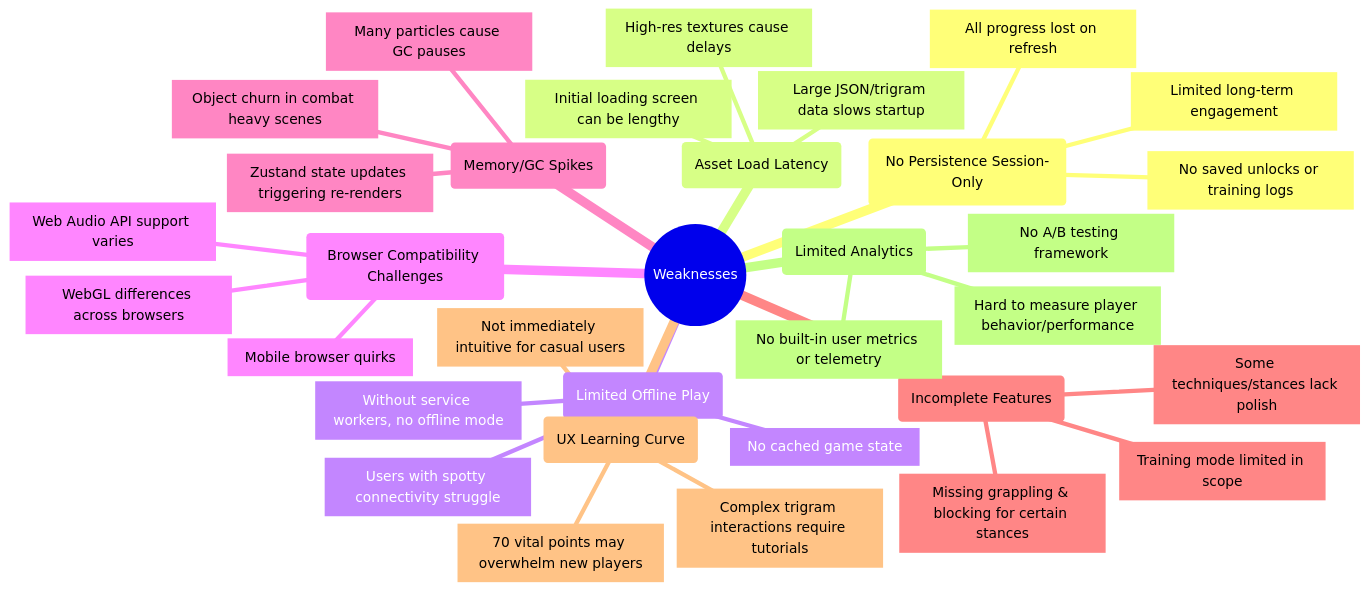
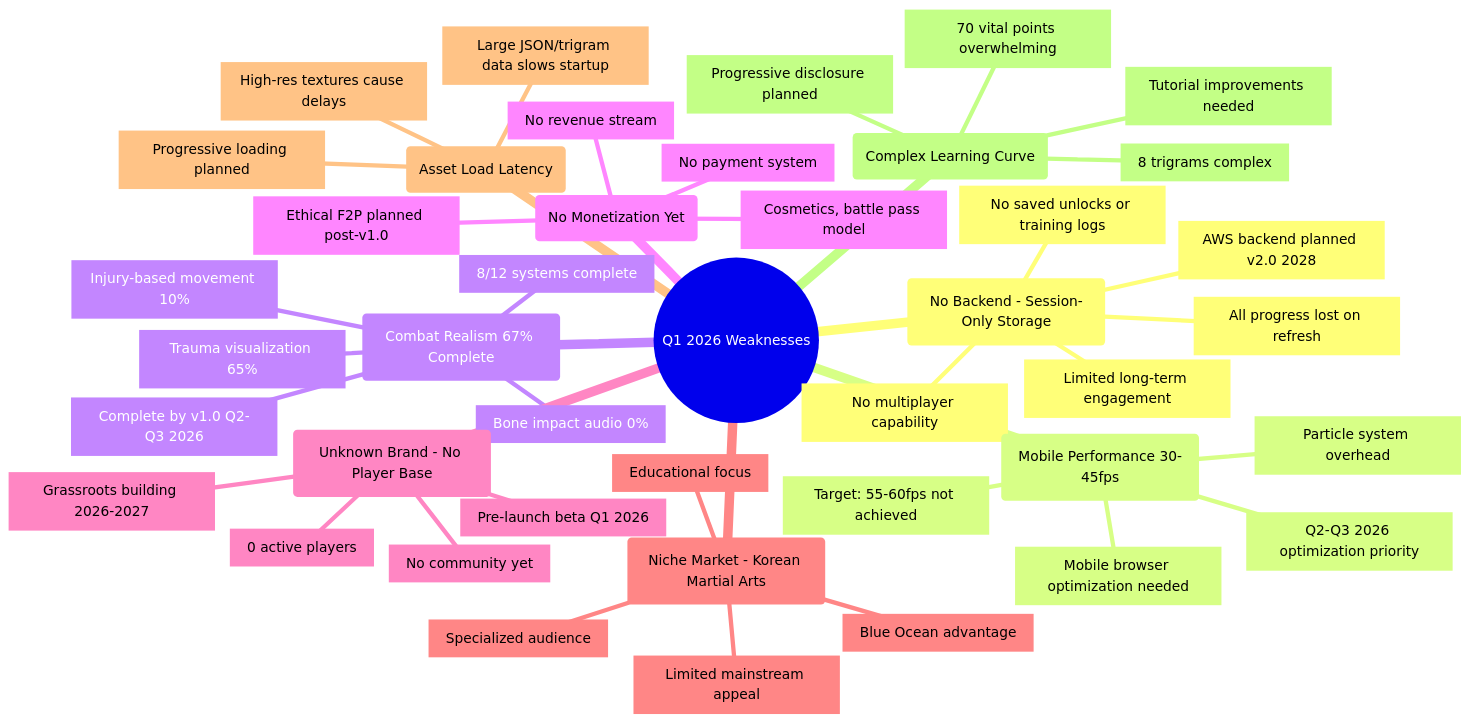
The fourth of 8 diagrams in SWOT.md (Hack23/blacktrigram), drawn with Mermaid before and after one commit. The commit also changed other lines of this file and 1 other file, not shown here.

Commit message:
Complete SWOT.md and FUTURE_SWOT.md Q1 2026 comprehensive update with competitive analysis and AWS backend vision

````diff
--- a/SWOT.md
+++ b/SWOT.md
@@ -234,36 +452,45 @@
 ```mermaid
 mindmap
-  root((Weaknesses))
-    id1(No Persistence Session-Only)
+  root((Q1 2026 Weaknesses))
+    id1(No Backend - Session-Only Storage)
       id1.1[All progress lost on refresh]
       id1.2[No saved unlocks or training logs]
-      id1.3[Limited long-term engagement]
-    id2(Asset Load Latency)
-      id2.1[Large JSON/trigram data slows startup]
-      id2.2[High-res textures cause delays]
-      id2.3[Initial loading screen can be lengthy]
-    id3(Limited Offline Play)
-      id3.1[Without service workers, no offline mode]
-      id3.2[Users with spotty connectivity struggle]
-      id3.3[No cached game state]
-    id4(Browser Compatibility Challenges)
-      id4.1[WebGL differences across browsers]
-      id4.2[Web Audio API support varies]
-      id4.3[Mobile browser quirks]
-    id5(Memory/GC Spikes)
-      id5.1[Many particles cause GC pauses]
-      id5.2[Object churn in combat heavy scenes]
-      id5.3[Zustand state updates triggering re-renders]
-    id6(Incomplete Features)
-      id6.1[Some techniques/stances lack polish]
-      id6.2[Missing grappling & blocking for certain stances]
-      id6.3[Training mode limited in scope]
-    id7(UX Learning Curve)
-      id7.1[Complex trigram interactions require tutorials]
-      id7.2[70 vital points may overwhelm new players]
-      id7.3[Not immediately intuitive for casual users]
-    id8(Limited Analytics)
-      id8.1[No built-in user metrics or telemetry]
-      id8.2[Hard to measure player behavior/performance]
-      id8.3[No A/B testing framework]
+      id1.3[No multiplayer capability]
+      id1.4[Limited long-term engagement]
+      id1.5[AWS backend planned v2.0 2028]
+    id2(Mobile Performance 30-45fps)
+      id2.1[Target: 55-60fps not achieved]
+      id2.2[Mobile browser optimization needed]
+      id2.3[Particle system overhead]
+      id2.4[Q2-Q3 2026 optimization priority]
+    id3(Combat Realism 67% Complete)
+      id3.1[8/12 systems complete]
+      id3.2[Injury-based movement 10%]
+      id3.3[Bone impact audio 0%]
+      id3.4[Trauma visualization 65%]
+      id3.5[Complete by v1.0 Q2-Q3 2026]
+    id4(No Monetization Yet)
+      id4.1[No payment system]
+      id4.2[No revenue stream]
+      id4.3[Ethical F2P planned post-v1.0]
+      id4.4[Cosmetics, battle pass model]
+    id5(Unknown Brand - No Player Base)
+      id5.1[Pre-launch beta Q1 2026]
+      id5.2[0 active players]
+      id5.3[No community yet]
+      id5.4[Grassroots building 2026-2027]
+    id6(Niche Market - Korean Martial Arts)
+      id6.1[Specialized audience]
+      id6.2[Limited mainstream appeal]
+      id6.3[Educational focus]
+      id6.4[Blue Ocean advantage]
+    id7(Asset Load Latency)
+      id7.1[Large JSON/trigram data slows startup]
+      id7.2[High-res textures cause delays]
+      id7.3[Progressive loading planned]
+    id8(Complex Learning Curve)
+      id8.1[70 vital points overwhelming]
+      id8.2[8 trigrams complex]
+      id8.3[Tutorial improvements needed]
+      id8.4[Progressive disclosure planned]
 ```
````
